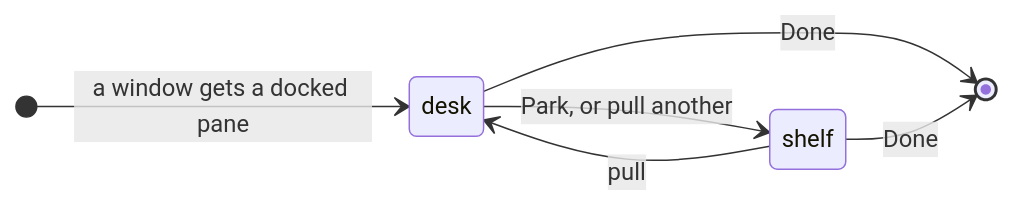
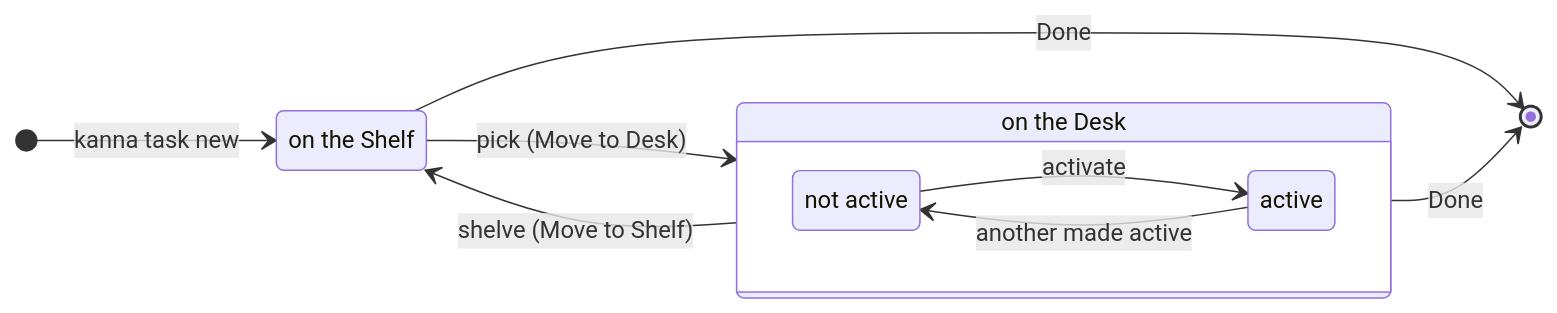
Before and after one commit to tampopogk/kanna: the first of 3 diagrams in docs/specs/desk.md, drawn with Mermaid. The commit also changed other lines of this file and 51 other files, not shown here.

Commit message:
Specs: Desk and Shelf, the Desk view, pick, shelve, activate, park; backlog-runners → shelf-runners, backlog-search → shelf-search, shelve-latency → move-to-desk-latency

````diff
--- a/docs/specs/desk.md
+++ b/docs/specs/desk.md
@@ -27,9 +25,18 @@
 ```mermaid
 stateDiagram-v2
     direction LR
-    [*] --> desk: a window gets a docked pane
-    desk --> shelf: Park, or pull another
-    shelf --> desk: pull
-    desk --> [*]: Done
-    shelf --> [*]: Done
+    Shelf: on the Shelf
+    Desk: on the Desk
+    [*] --> Shelf: kanna task new
+    Shelf --> Desk: pick (Move to Desk)
+    Desk --> Shelf: shelve (Move to Shelf)
+    state Desk {
+        direction LR
+        Waiting: not active
+        Active: active
+        Waiting --> Active: activate
+        Active --> Waiting: another made active
+    }
+    Desk --> [*]: Done
+    Shelf --> [*]: Done
 ```
````
